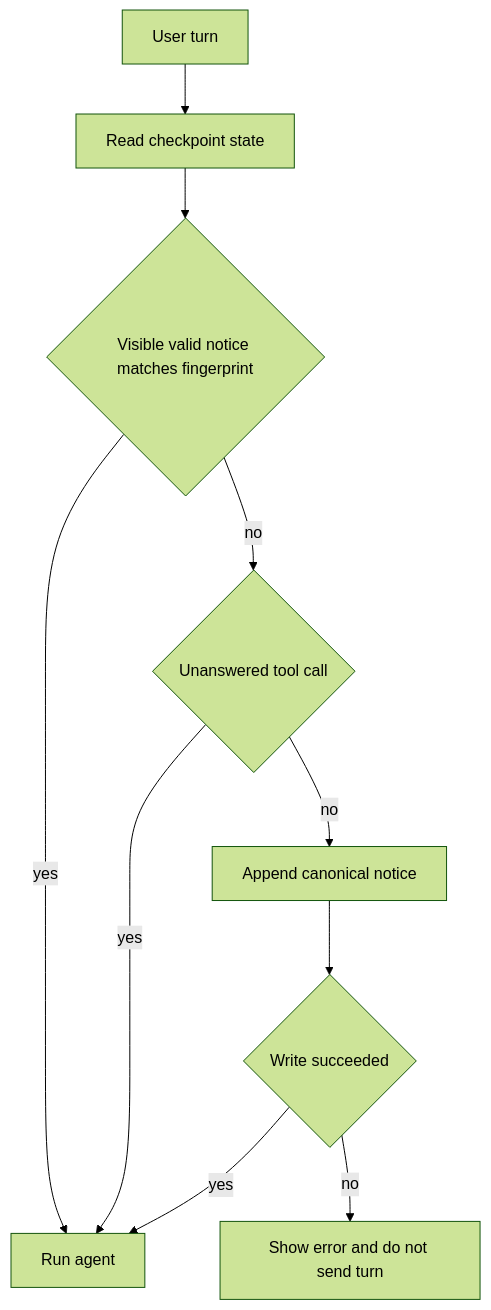
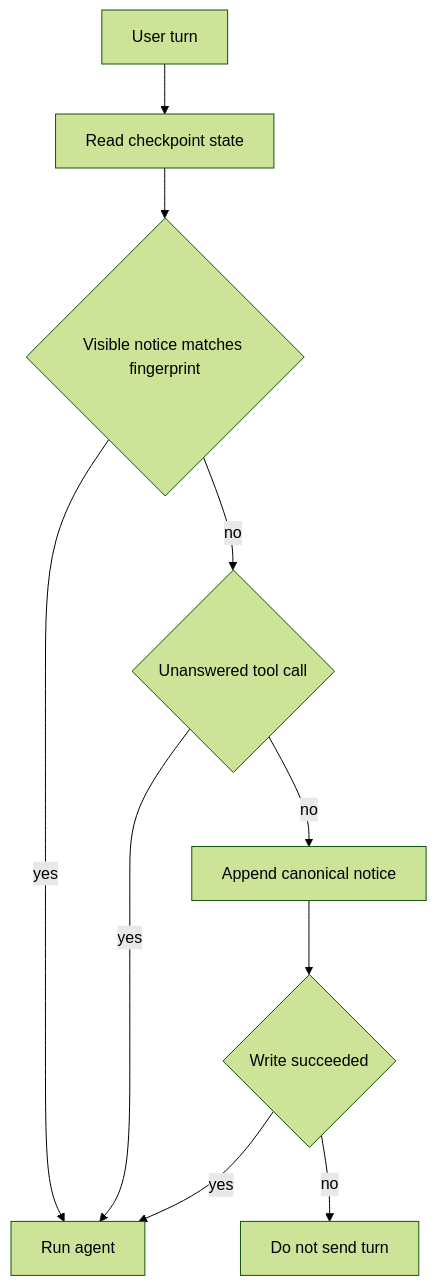
Before and after one commit to langchain-ai/deepagents: the second of 3 diagrams in openwiki/architecture/code-agent.md, drawn with Mermaid (forest theme). The commit also changed other lines of this file and 47 other files, not shown here.

````diff
--- a/openwiki/architecture/code-agent.md
+++ b/openwiki/architecture/code-agent.md
@@ -105,12 +82,12 @@
 ```mermaid
 flowchart TD
     Turn["User turn"] --> Read["Read checkpoint state"]
-    Read --> Match{"Visible valid notice matches fingerprint"}
+    Read --> Match{"Visible notice matches fingerprint"}
     Match -->|yes| Run["Run agent"]
-    Match -->|no| Dangling{"Unanswered tool call"}
-    Dangling -->|yes| Run
-    Dangling -->|no| Persist["Append canonical notice"]
-    Persist --> Saved{"Write succeeded"}
-    Saved -->|yes| Run
-    Saved -->|no| Stop["Show error and do not send turn"]
+    Match -->|no| Pending{"Unanswered tool call"}
+    Pending -->|yes| Run
+    Pending -->|no| Save["Append canonical notice"]
+    Save --> Written{"Write succeeded"}
+    Written -->|yes| Run
+    Written -->|no| Stop["Do not send turn"]
 ```
````
